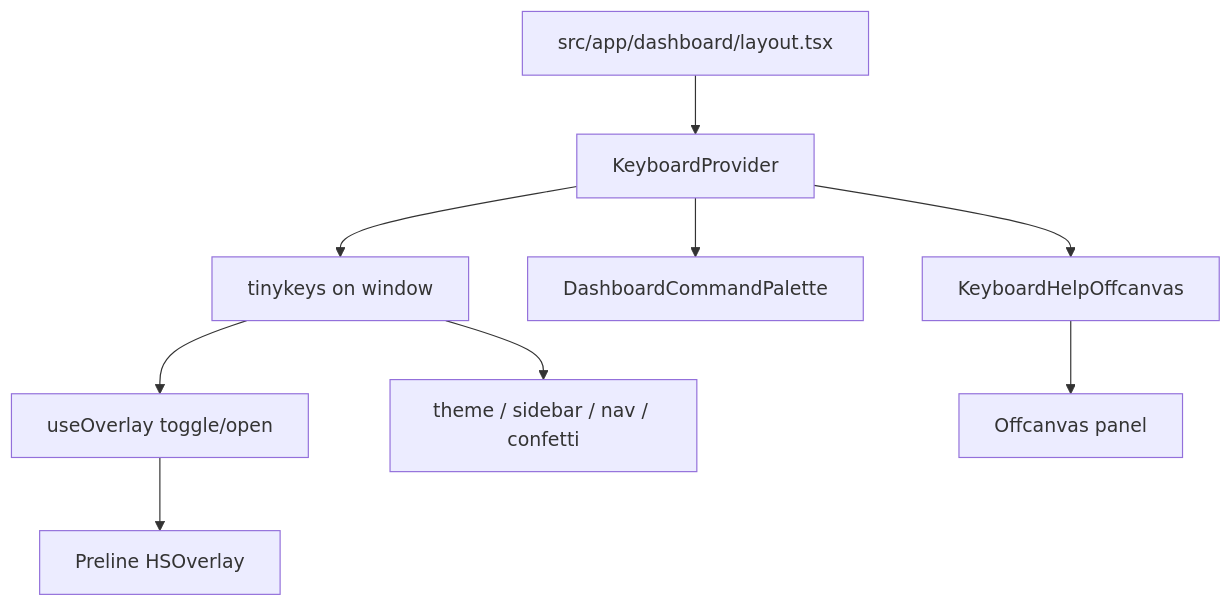
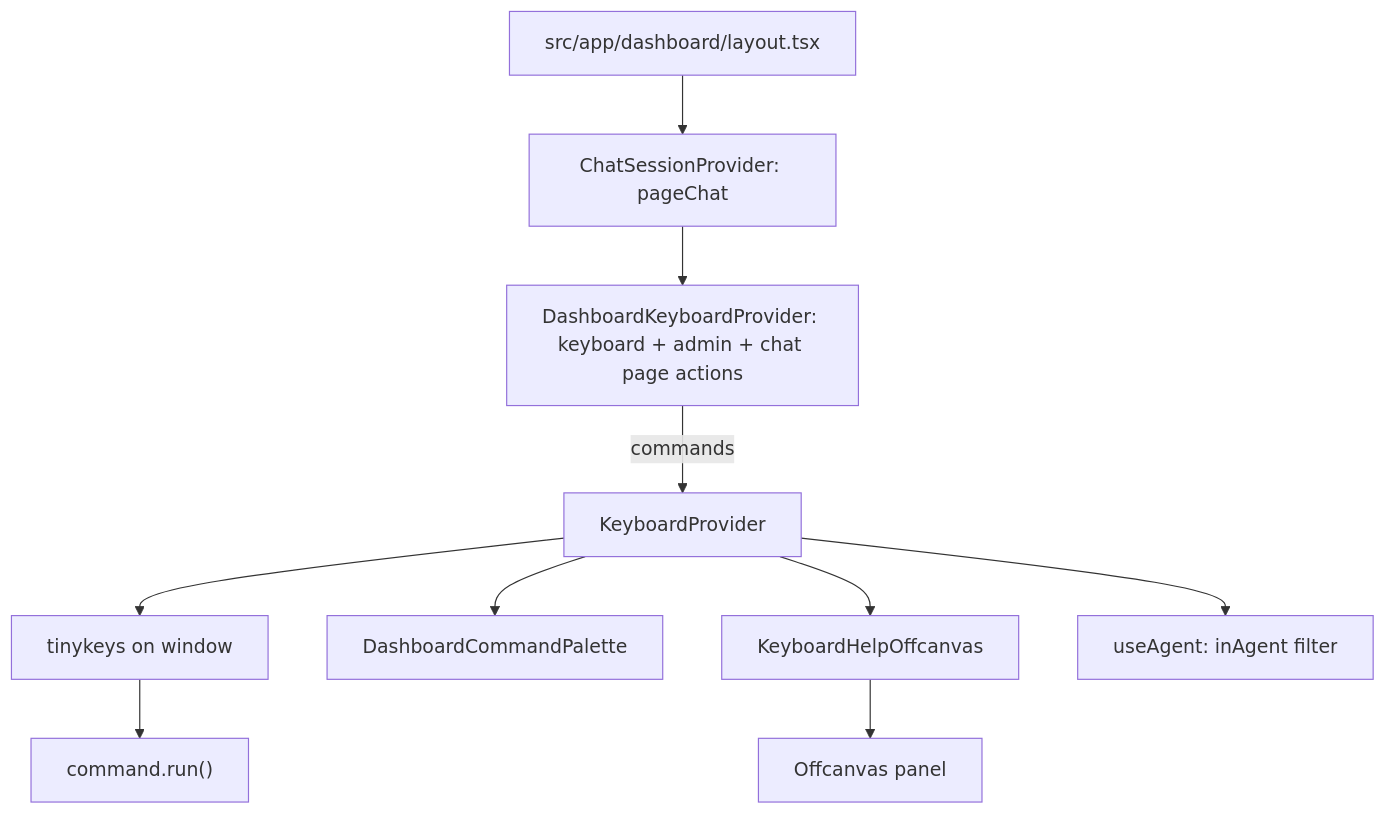
Before and after one commit to brandon-cercedo/root-next-template: the diagram in docs/keyboard-shortcuts.md, drawn with Mermaid. The commit also changed other lines of this file and 27 other files, not shown here.

First line of the commit message:
feat(RNT-103): add chat actions to the command palette (#69)

````diff
--- a/docs/keyboard-shortcuts.md
+++ b/docs/keyboard-shortcuts.md
@@ -47,11 +48,12 @@
 ```mermaid
 flowchart TD
-  Layout["src/app/dashboard/layout.tsx"] --> Provider["KeyboardProvider"]
+  Layout["src/app/dashboard/layout.tsx"] --> Session["ChatSessionProvider: pageChat"]
+  Session --> Dash["DashboardKeyboardProvider: keyboard + admin + chat page actions"]
+  Dash -->|commands| Provider["KeyboardProvider"]
   Provider --> Tinykeys["tinykeys on window"]
   Provider --> Palette["DashboardCommandPalette"]
   Provider --> Help["KeyboardHelpOffcanvas"]
-  Tinykeys --> Overlay["useOverlay toggle/open"]
-  Tinykeys --> Actions["theme / sidebar / nav / confetti"]
+  Provider --> Agent["useAgent: inAgent filter"]
+  Tinykeys --> Actions["command.run()"]
   Help --> Offcanvas["Offcanvas panel"]
-  Overlay --> Preline["Preline HSOverlay"]
 ```
````
